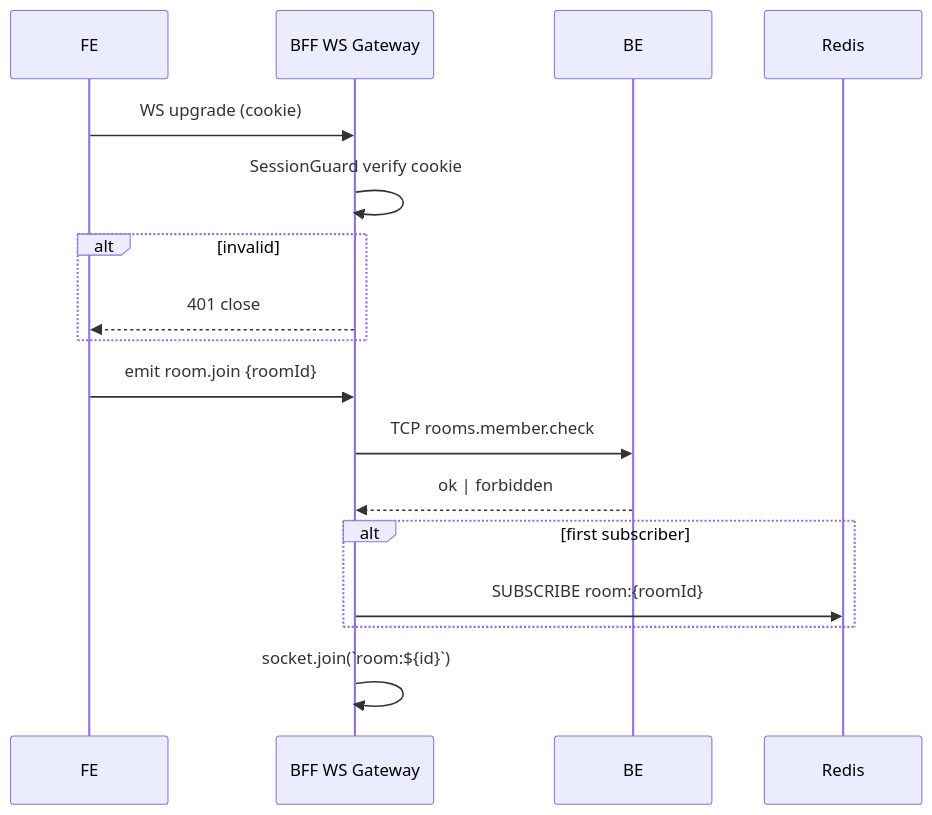
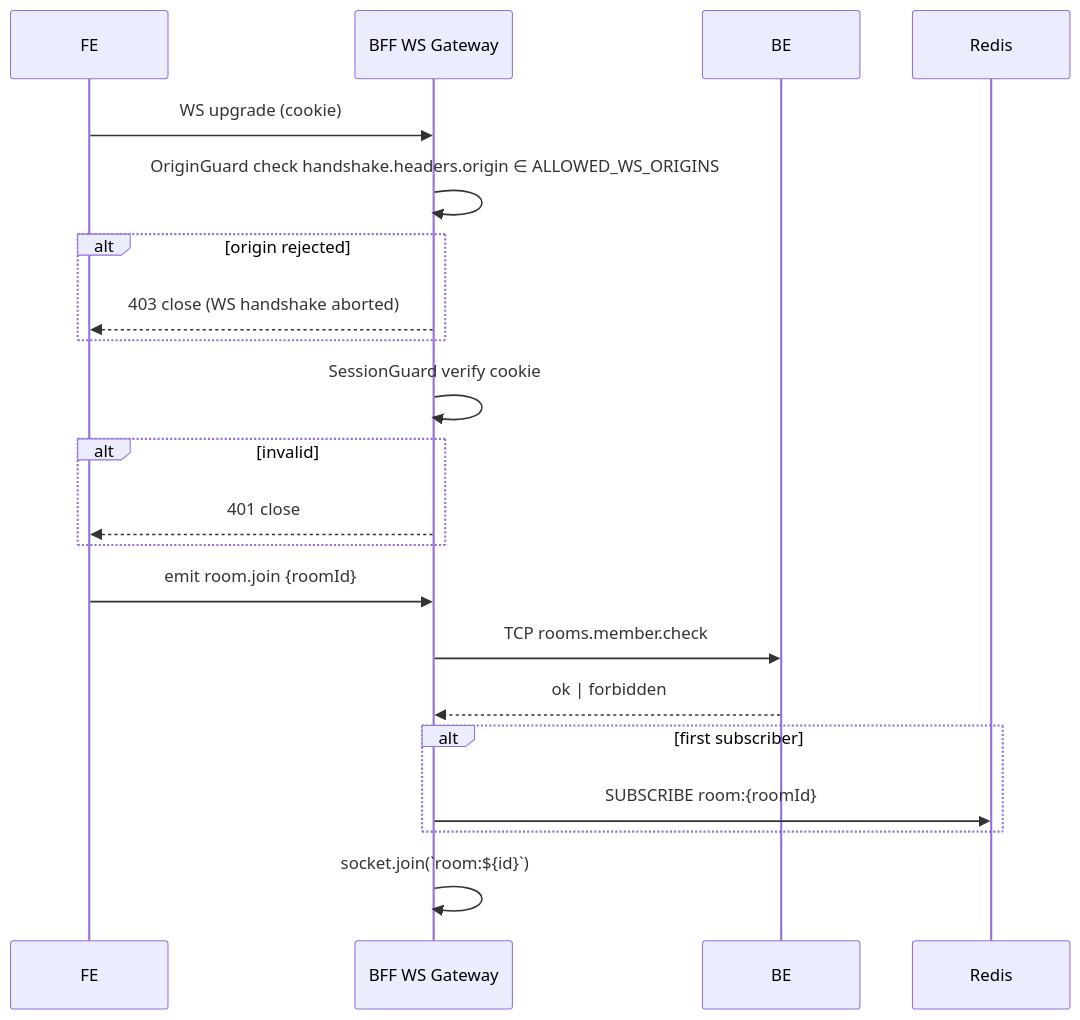
The first of 3 diagrams in mng/architecture/flow/03-realtime-transport.md (abobreshov/da-hackaton), drawn with Mermaid before and after one commit. The commit also changed 242 other files, not shown here.

````diff
--- a/mng/architecture/flow/03-realtime-transport.md
+++ b/mng/architecture/flow/03-realtime-transport.md
@@ -5,19 +5,23 @@
 ```mermaid
 sequenceDiagram
     participant FE
     participant BFF as BFF WS Gateway
     participant BE
     participant REDIS as Redis
     FE->>BFF: WS upgrade (cookie)
+    BFF->>BFF: OriginGuard check handshake.headers.origin ∈ ALLOWED_WS_ORIGINS
+    alt origin rejected
+        BFF-->>FE: 403 close (WS handshake aborted)
+    end
     BFF->>BFF: SessionGuard verify cookie
     alt invalid
         BFF-->>FE: 401 close
     end
     FE->>BFF: emit room.join {roomId}
     BFF->>BE: TCP rooms.member.check
     BE-->>BFF: ok | forbidden
     alt first subscriber
         BFF->>REDIS: SUBSCRIBE room:{roomId}
     end
     BFF->>BFF: socket.join(`room:${id}`)
 ```
````
